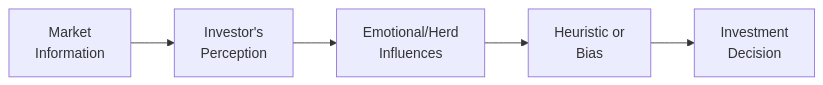
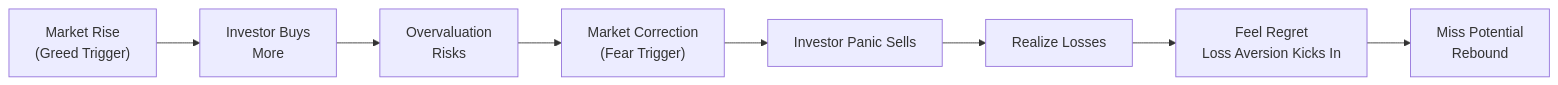
Before and after one commit to MasteryEducation/SecuritiesExamsMastery.ca: the diagram in content/ifc/5/1/index.md, drawn with Mermaid. The commit also changed other lines of this file and 130 other files, not shown here.

````diff
--- a/content/ifc/5/1/index.md
+++ b/content/ifc/5/1/index.md
@@ -67,7 +150,10 @@
 ```mermaid
 flowchart LR
-    A["Market <br/>Information"] --> B["Investor's <br/>Perception"]
-    B --> C["Emotional/Herd <br/>Influences"]
-    C --> D["Heuristic or <br/>Bias"]
-    D --> E["Investment <br/>Decision"]
+    A["Market Rise <br/>(Greed Trigger)"] --> B["Investor Buys <br/>More"]
+    B --> C["Overvaluation <br/>Risks"]
+    C --> D["Market Correction <br/>(Fear Trigger)"]
+    D --> E["Investor Panic Sells"]
+    E --> F["Realize Losses"]
+    F --> G["Feel Regret <br/>Loss Aversion Kicks In"]
+    G --> H["Miss Potential <br/> Rebound"]
 ```
````
